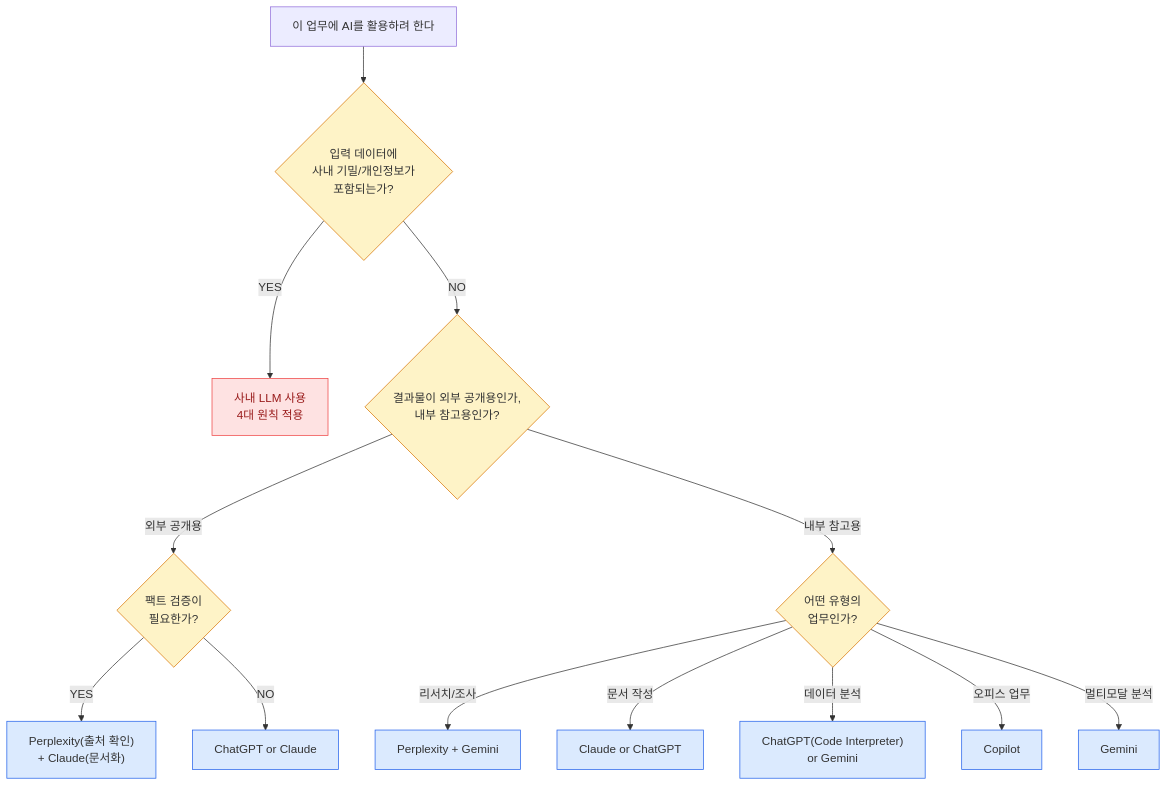
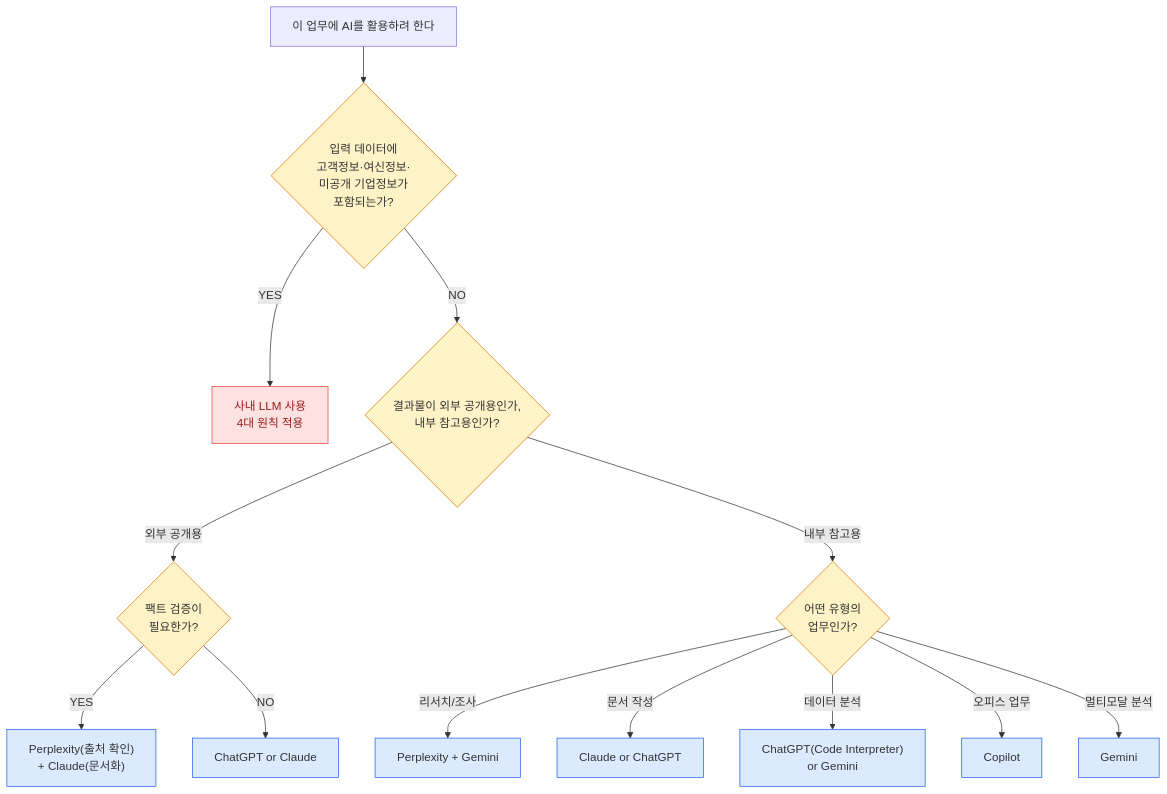
One commit to namojo/ai-edu changed the fourth of 4 diagrams in site/content/module-2.md. Above: the diagram before and after it, drawn with Mermaid. The commit also changed other lines of this file and 15 other files, not shown here.

````diff
--- a/site/content/module-2.md
+++ b/site/content/module-2.md
@@ -404,27 +422,27 @@
 ```mermaid
 flowchart TD
-    START["이 업무에 AI를 활용하려 한다"] --> Q1{"입력 데이터에<br/>사내 기밀/개인정보가<br/>포함되는가?"}
+    START["이 업무에 AI를 활용하려 한다"] --> Q1{"입력 데이터에<br/>고객정보·여신정보·<br/>미공개 기업정보가<br/>포함되는가?"}
     Q1 -->|YES| LLM["사내 LLM 사용<br/>4대 원칙 적용"]
     Q1 -->|NO| Q2{"결과물이 외부 공개용인가,<br/>내부 참고용인가?"}
     Q2 -->|외부 공개용| Q3A{"팩트 검증이<br/>필요한가?"}
     Q3A -->|YES| TOOL1["Perplexity(출처 확인)<br/>+ Claude(문서화)"]
     Q3A -->|NO| TOOL2["ChatGPT or Claude"]
     Q2 -->|내부 참고용| Q3B{"어떤 유형의<br/>업무인가?"}
     Q3B -->|리서치/조사| T1["Perplexity + Gemini"]
     Q3B -->|문서 작성| T2["Claude or ChatGPT"]
     Q3B -->|데이터 분석| T3["ChatGPT(Code Interpreter)<br/>or Gemini"]
     Q3B -->|오피스 업무| T4["Copilot"]
     Q3B -->|멀티모달 분석| T5["Gemini"]
     style LLM fill:#FEE2E2,stroke:#EF4444,color:#991B1B
     style Q1 fill:#FEF3C7,stroke:#D97706
     style Q2 fill:#FEF3C7,stroke:#D97706
     style Q3A fill:#FEF3C7,stroke:#D97706
     style Q3B fill:#FEF3C7,stroke:#D97706
     style TOOL1 fill:#DBEAFE,stroke:#2563EB
     style TOOL2 fill:#DBEAFE,stroke:#2563EB
     style T1 fill:#DBEAFE,stroke:#2563EB
     style T2 fill:#DBEAFE,stroke:#2563EB
     style T3 fill:#DBEAFE,stroke:#2563EB
     style T4 fill:#DBEAFE,stroke:#2563EB
     style T5 fill:#DBEAFE,stroke:#2563EB
 ```
````
